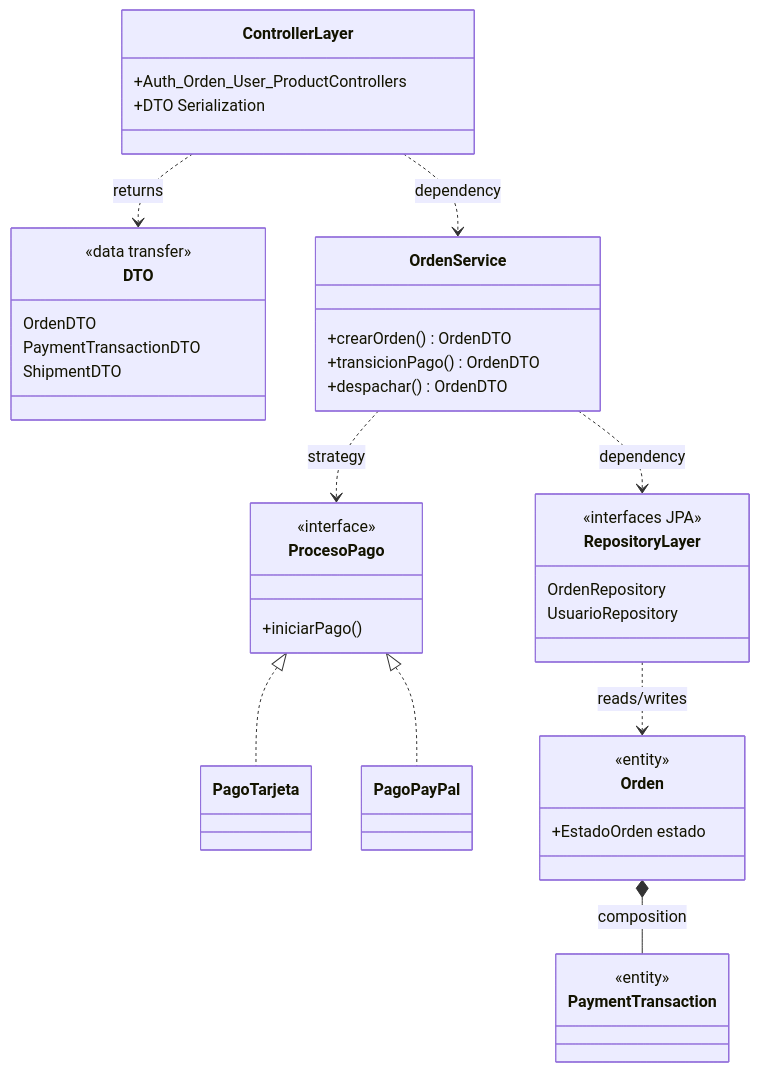
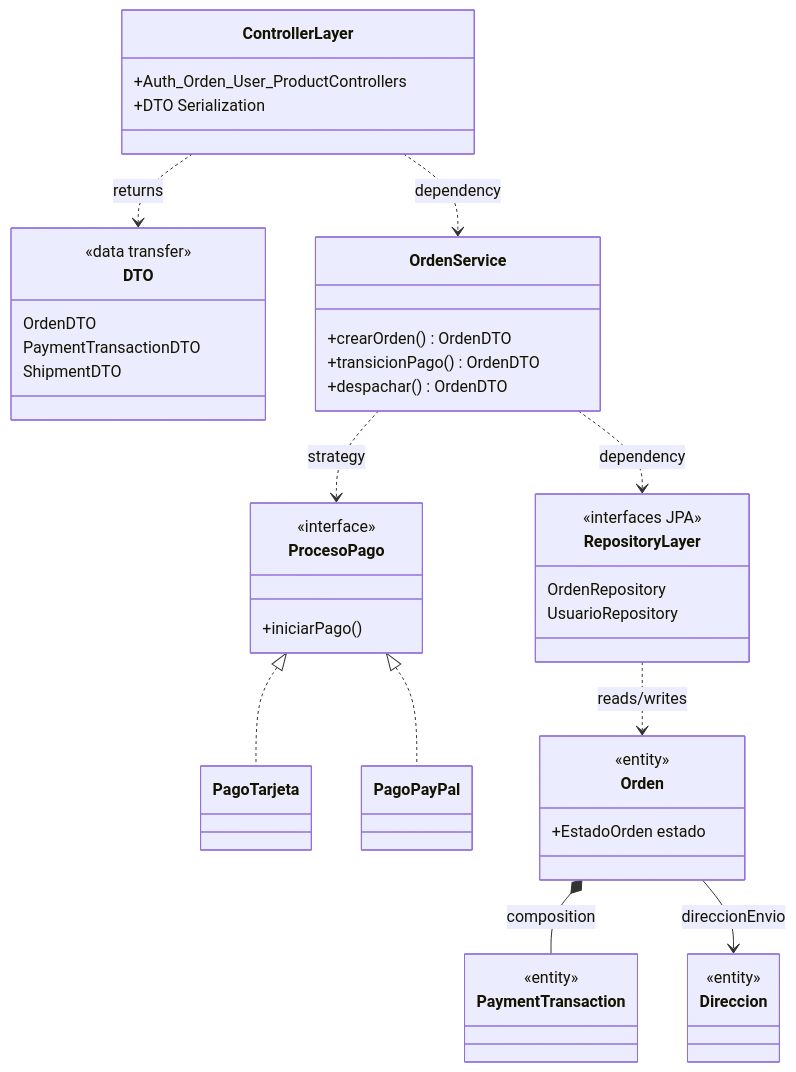
The third of 8 diagrams in backend/README.md (RBCuevasEscobar/BIU-M2-app), drawn with Mermaid before and after one commit. The commit also changed other lines of this file and 111 other files, not shown here.

Commit message:
Refactorizacion asignacion direccion envio a orden

````diff
--- a/backend/README.md
+++ b/backend/README.md
@@ -922,50 +924,54 @@
 ```mermaid
 classDiagram
     class ControllerLayer {
         +Auth_Orden_User_ProductControllers
         +DTO Serialization
     }
     
     class DTO {
         <<data transfer>>
         OrdenDTO
         PaymentTransactionDTO
         ShipmentDTO
     }
 
     class OrdenService {
         +crearOrden() OrdenDTO
         +transicionPago() OrdenDTO
         +despachar() OrdenDTO
     }
     
     class ProcesoPago {
         <<interface>>
         +iniciarPago()
     }
     class PagoTarjeta
     class PagoPayPal
     
     class RepositoryLayer {
         <<interfaces JPA>>
         OrdenRepository
         UsuarioRepository
     }
 
     class Orden {
         <<entity>>
         +EstadoOrden estado
     }
     class PaymentTransaction {
         <<entity>>
     }
+    class Direccion {
+        <<entity>>
+    }
 
     ControllerLayer ..> DTO : returns
     ControllerLayer ..> OrdenService : dependency
     OrdenService ..> ProcesoPago : strategy
     ProcesoPago <|.. PagoTarjeta
     ProcesoPago <|.. PagoPayPal
     OrdenService ..> RepositoryLayer : dependency
     RepositoryLayer ..> Orden : reads/writes
     Orden *-- PaymentTransaction : composition
+    Orden --> Direccion : direccionEnvio
 ```
````
